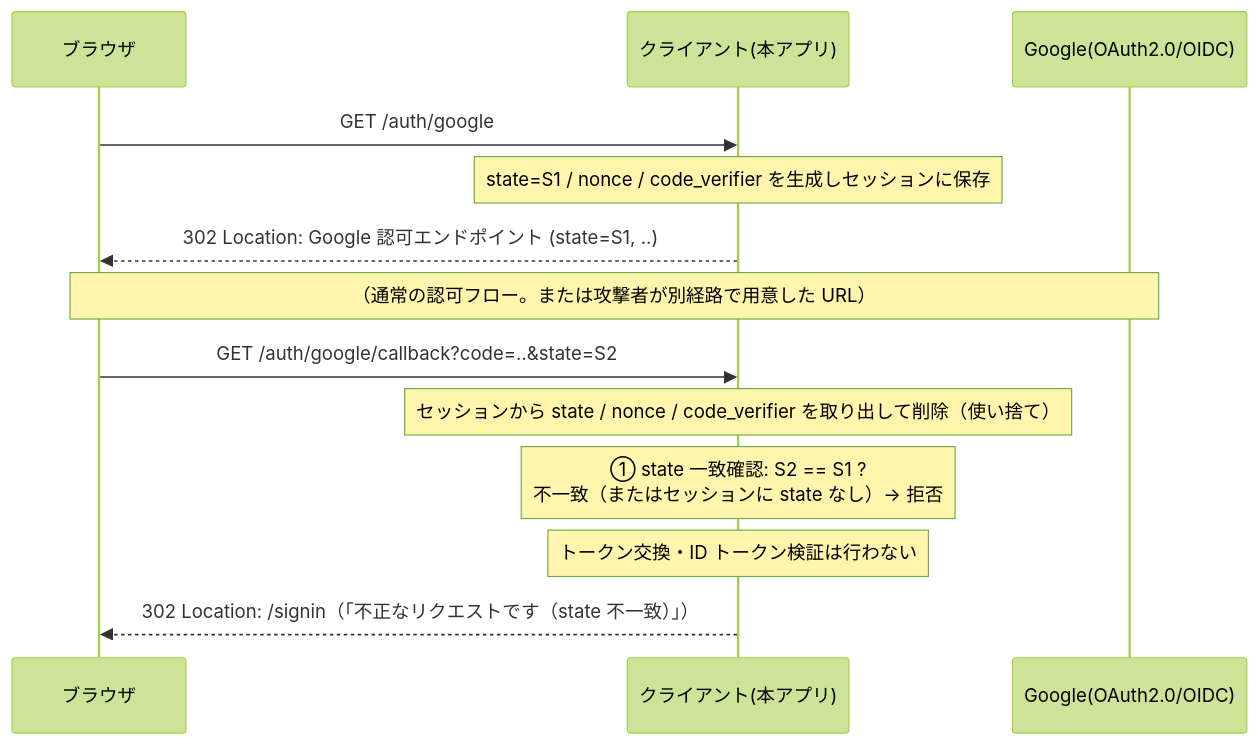
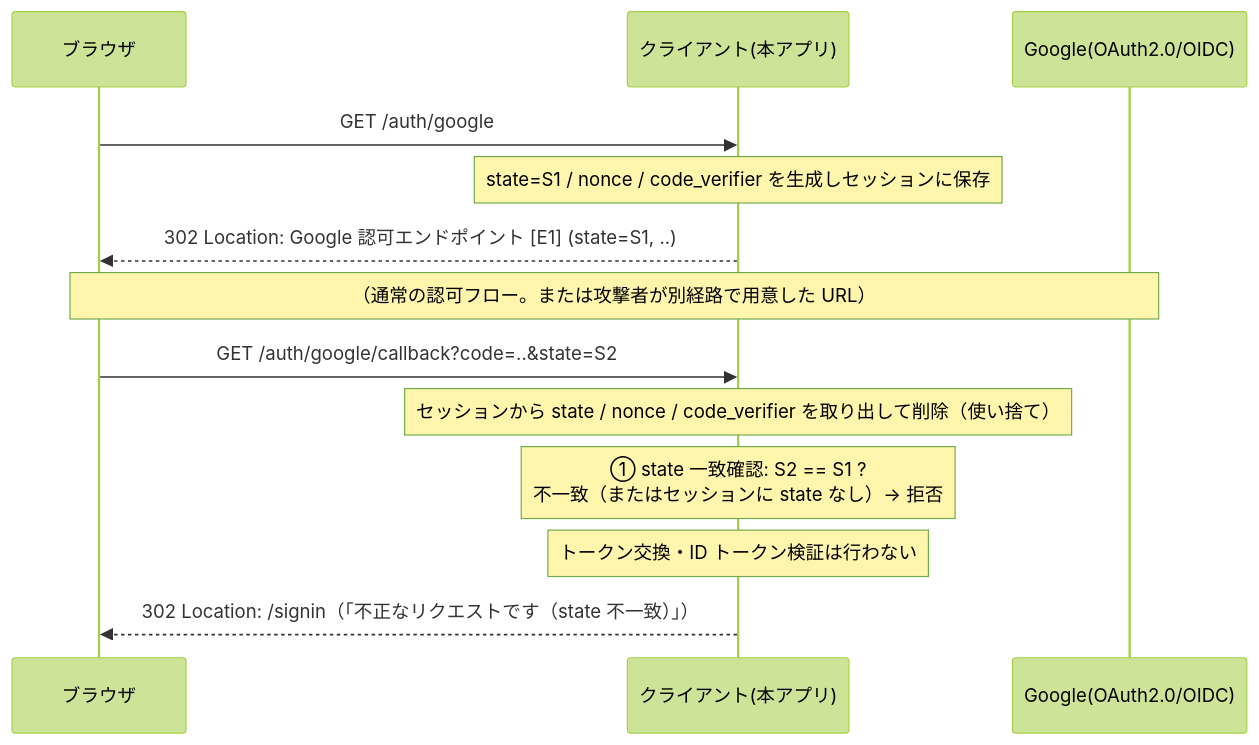
One commit to shimejii/rails-oidc-demo changed the fourth of 5 diagrams in README.md. Above: the diagram before and after it, drawn with Mermaid (forest theme). The commit also changed other lines of this file, not shown here.

````diff
--- a/README.md
+++ b/README.md
@@ -225,17 +282,17 @@
 ```mermaid
 sequenceDiagram
     participant B as ブラウザ
     participant C as クライアント(本アプリ)
     participant G as Google(OAuth2.0/OIDC)
 
     B->>C: GET /auth/google
     Note over C: state=S1 / nonce / code_verifier を生成しセッションに保存
-    C-->>B: 302 Location: Google 認可エンドポイント (state=S1, ..)
+    C-->>B: 302 Location: Google 認可エンドポイント [E1] (state=S1, ..)
 
     Note over B,G: （通常の認可フロー。または攻撃者が別経路で用意した URL）
     B->>C: GET /auth/google/callback?code=..&state=S2
     Note over C: セッションから state / nonce / code_verifier を取り出して削除（使い捨て）
     Note over C: ① state 一致確認: S2 == S1 ?<br/>不一致（またはセッションに state なし）→ 拒否
     Note over C: トークン交換・ID トークン検証は行わない
     C-->>B: 302 Location: /signin（「不正なリクエストです（state 不一致）」）
 ```
````
